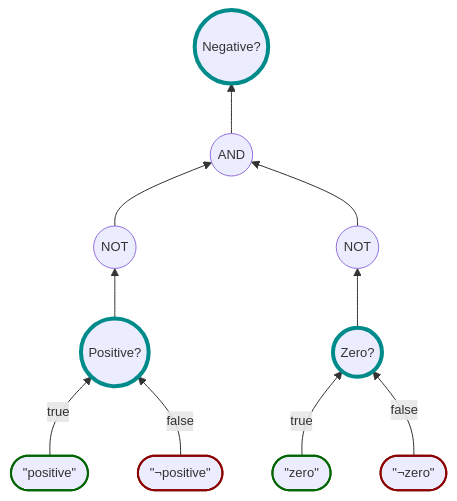
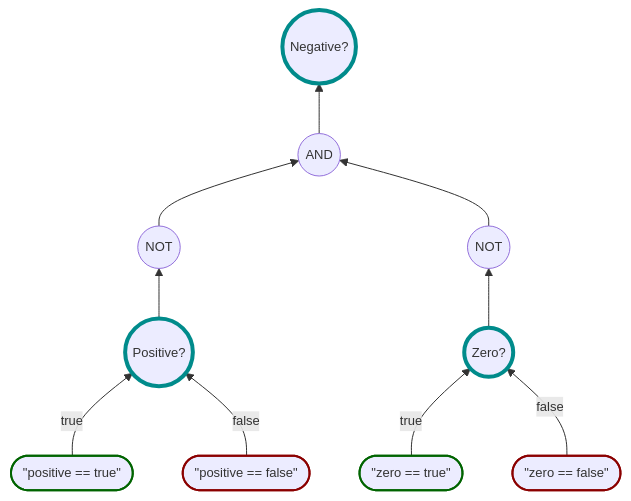
Before and after one commit to karlssberg/Motiv: the diagram in tutorial/Operations.md, drawn with Mermaid. The commit also changed 8 other files, not shown here.

First line of the commit message:
docs: replace stale ¬ negation notation with == true/== false suffix (#60)

````diff
--- a/tutorial/Operations.md
+++ b/tutorial/Operations.md
@@ -15,21 +15,21 @@
 ```mermaid
 %%{init: { 'themeVariables': { 'fontSize': '13px' }}}%%
 flowchart BT
     And((AND)) --> P((Negative?))
     NotPositive((NOT)) --> And((AND))
     NotZero((NOT)) --> And
     IsPositive((Positive?)) --> NotPositive
     IsZero((Zero?)) --> NotZero
-    TrueIsPositive(["&quot;positive&quot;"]) -->|true| IsPositive
-    FalseIsPositive(["&quot;¬positive&quot;"]) -->|false| IsPositive
-    TrueIsZero(["&quot;zero&quot;"]) -->|true| IsZero
-    FalseIsZero(["&quot;¬zero&quot;"]) -->|false| IsZero
+    TrueIsPositive(["&quot;positive == true&quot;"]) -->|true| IsPositive
+    FalseIsPositive(["&quot;positive == false&quot;"]) -->|false| IsPositive
+    TrueIsZero(["&quot;zero == true&quot;"]) -->|true| IsZero
+    FalseIsZero(["&quot;zero == false&quot;"]) -->|false| IsZero
 
     style P stroke:darkcyan,stroke-width:4px
     style IsPositive stroke:darkcyan,stroke-width:4px
     style IsZero stroke:darkcyan,stroke-width:4px
     style TrueIsZero stroke:darkgreen,stroke-width:2px
     style FalseIsZero stroke:darkred,stroke-width:2px
     style TrueIsPositive stroke:darkgreen,stroke-width:2px
     style FalseIsPositive stroke:darkred,stroke-width:2px
 ```
````
